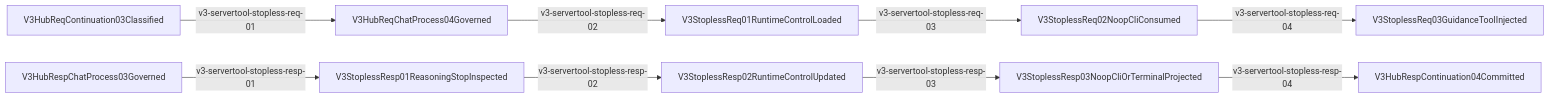
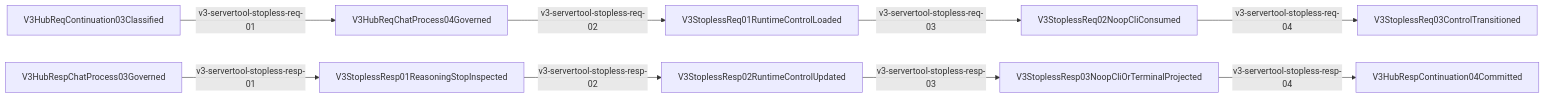
The first of 2 diagrams in docs/architecture/wiki/stopless-session-mainline-source.md (Jasonzhangf/routecodex), drawn with Mermaid before and after one commit. The commit also changed other lines of this file and 83 other files, not shown here.

Commit message:
fix(v3): lock outbound projection and stopless control

````diff
--- a/docs/architecture/wiki/stopless-session-mainline-source.md
+++ b/docs/architecture/wiki/stopless-session-mainline-source.md
@@ -27,21 +27,21 @@
 ```mermaid
 flowchart LR
   V3HubReqContinuation03Classified["V3HubReqContinuation03Classified"]
   V3HubReqChatProcess04Governed["V3HubReqChatProcess04Governed"]
   V3StoplessReq01RuntimeControlLoaded["V3StoplessReq01RuntimeControlLoaded"]
   V3StoplessReq02NoopCliConsumed["V3StoplessReq02NoopCliConsumed"]
-  V3StoplessReq03GuidanceToolInjected["V3StoplessReq03GuidanceToolInjected"]
+  V3StoplessReq03ControlTransitioned["V3StoplessReq03ControlTransitioned"]
   V3HubRespChatProcess03Governed["V3HubRespChatProcess03Governed"]
   V3StoplessResp01ReasoningStopInspected["V3StoplessResp01ReasoningStopInspected"]
   V3StoplessResp02RuntimeControlUpdated["V3StoplessResp02RuntimeControlUpdated"]
   V3StoplessResp03NoopCliOrTerminalProjected["V3StoplessResp03NoopCliOrTerminalProjected"]
   V3HubRespContinuation04Committed["V3HubRespContinuation04Committed"]
   V3HubReqContinuation03Classified -->|v3-servertool-stopless-req-01| V3HubReqChatProcess04Governed
   V3HubReqChatProcess04Governed -->|v3-servertool-stopless-req-02| V3StoplessReq01RuntimeControlLoaded
   V3StoplessReq01RuntimeControlLoaded -->|v3-servertool-stopless-req-03| V3StoplessReq02NoopCliConsumed
-  V3StoplessReq02NoopCliConsumed -->|v3-servertool-stopless-req-04| V3StoplessReq03GuidanceToolInjected
+  V3StoplessReq02NoopCliConsumed -->|v3-servertool-stopless-req-04| V3StoplessReq03ControlTransitioned
   V3HubRespChatProcess03Governed -->|v3-servertool-stopless-resp-01| V3StoplessResp01ReasoningStopInspected
   V3StoplessResp01ReasoningStopInspected -->|v3-servertool-stopless-resp-02| V3StoplessResp02RuntimeControlUpdated
   V3StoplessResp02RuntimeControlUpdated -->|v3-servertool-stopless-resp-03| V3StoplessResp03NoopCliOrTerminalProjected
   V3StoplessResp03NoopCliOrTerminalProjected -->|v3-servertool-stopless-resp-04| V3HubRespContinuation04Committed
 ```
````
